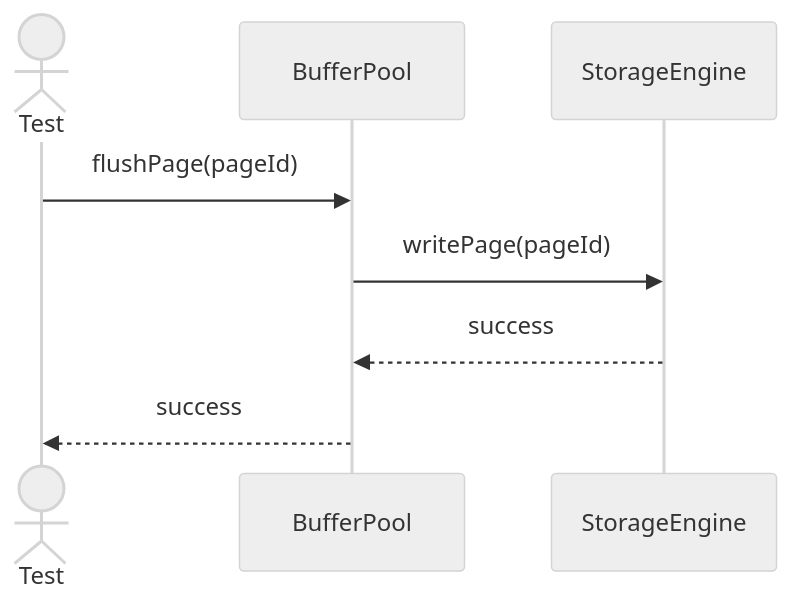
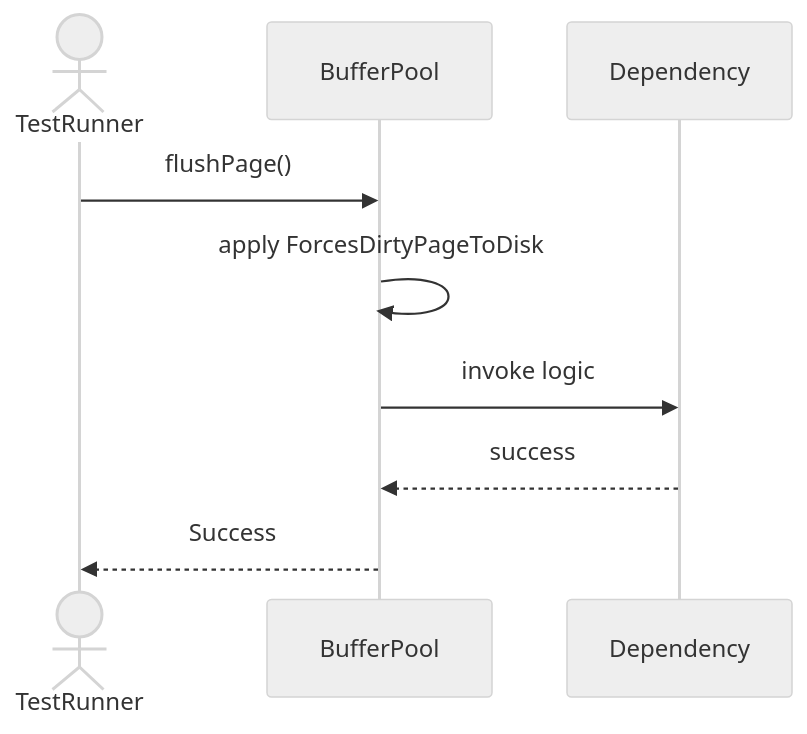
One commit to TamBui1706/DBMS changed the third of 8 diagrams in Sequences/StorageEngine/BufferPool.md. Above: the diagram before and after it, drawn with Mermaid (neutral theme). The commit also changed other lines of this file and 63 other files, not shown here.

Commit message:
Draw sequence diagram for unit tests

````diff
--- a/Sequences/StorageEngine/BufferPool.md
+++ b/Sequences/StorageEngine/BufferPool.md
@@ -46,11 +48,10 @@
 ```mermaid
 sequenceDiagram
-    actor Test
+    actor TestRunner
     participant BufferPool
-    participant StorageEngine
-
-    Test->>BufferPool: flushPage(pageId)
-    BufferPool->>StorageEngine: writePage(pageId)
-    StorageEngine-->>BufferPool: success
-    BufferPool-->>Test: success
+    TestRunner->>BufferPool: flushPage()
+    BufferPool->>BufferPool: apply ForcesDirtyPageToDisk
+    BufferPool->>Dependency: invoke logic
+    Dependency-->>BufferPool: success
+    BufferPool-->>TestRunner: Success
 ```
````
